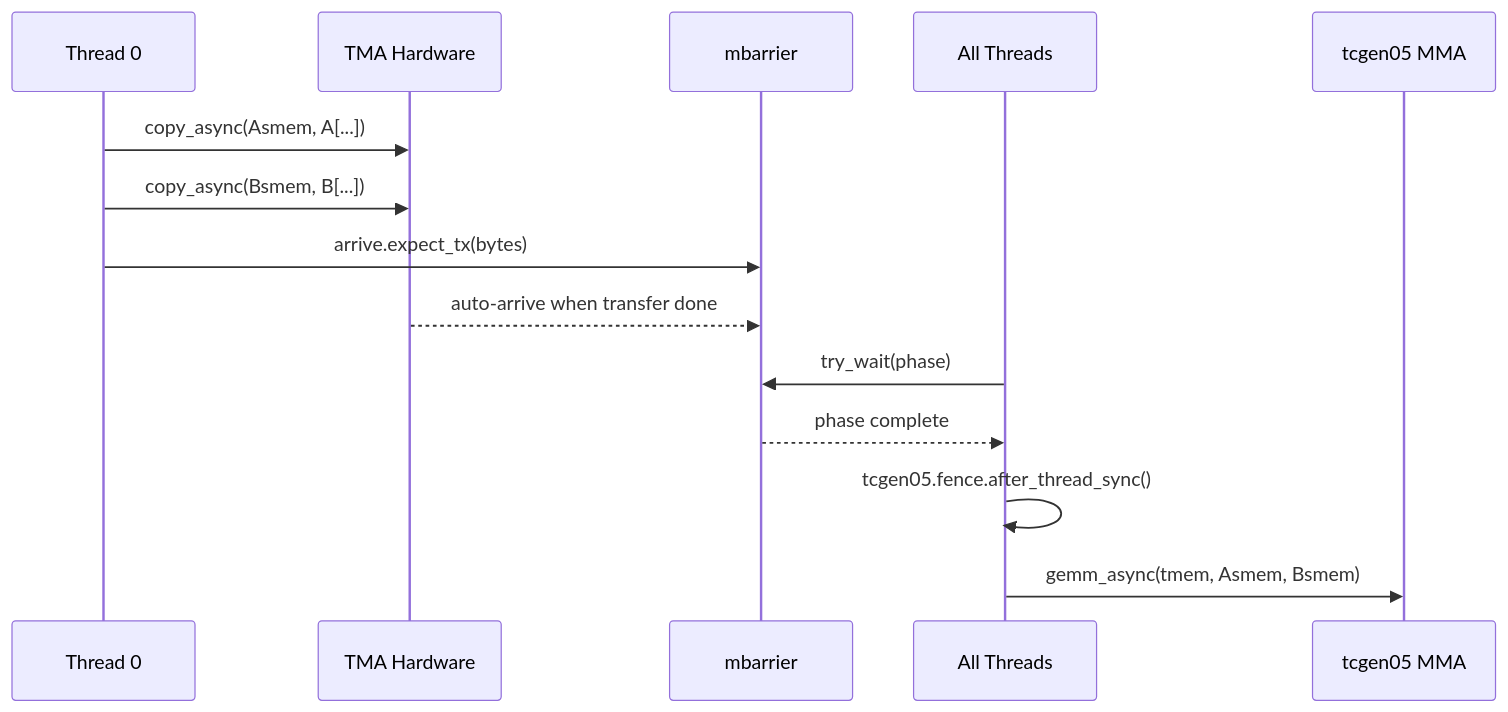
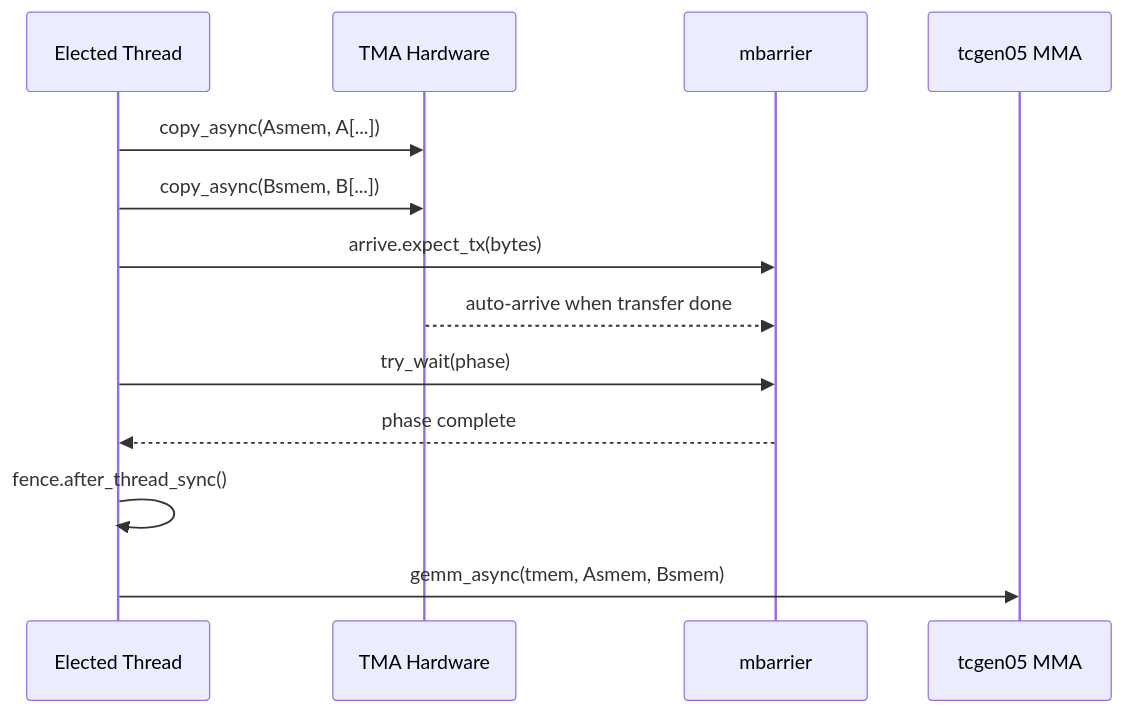
One commit to tlopex/assignment-tirx-gemm changed the second of 4 diagrams in README.md. Above: the diagram before and after it, drawn with Mermaid. The commit also changed other lines of this file, not shown here.

First line of the commit message:
Revise TMEM and TMA sections in README

````diff
--- a/README.md
+++ b/README.md
@@ -336,17 +350,16 @@
 ```mermaid
 sequenceDiagram
-    participant T0 as Thread 0
+    participant T0 as Elected Thread
     participant TMA as TMA Hardware
     participant Bar as mbarrier
-    participant All as All Threads
     participant MMA as tcgen05 MMA
 
     T0->>TMA: copy_async(Asmem, A[...])
     T0->>TMA: copy_async(Bsmem, B[...])
     T0->>Bar: arrive.expect_tx(bytes)
     TMA-->>Bar: auto-arrive when transfer done
-    All->>Bar: try_wait(phase)
-    Bar-->>All: phase complete
-    All->>All: tcgen05.fence.after_thread_sync()
-    All->>MMA: gemm_async(tmem, Asmem, Bsmem)
+    T0->>Bar: try_wait(phase)
+    Bar-->>T0: phase complete
+    T0->>T0: fence.after_thread_sync()
+    T0->>MMA: gemm_async(tmem, Asmem, Bsmem)
 ```
````
